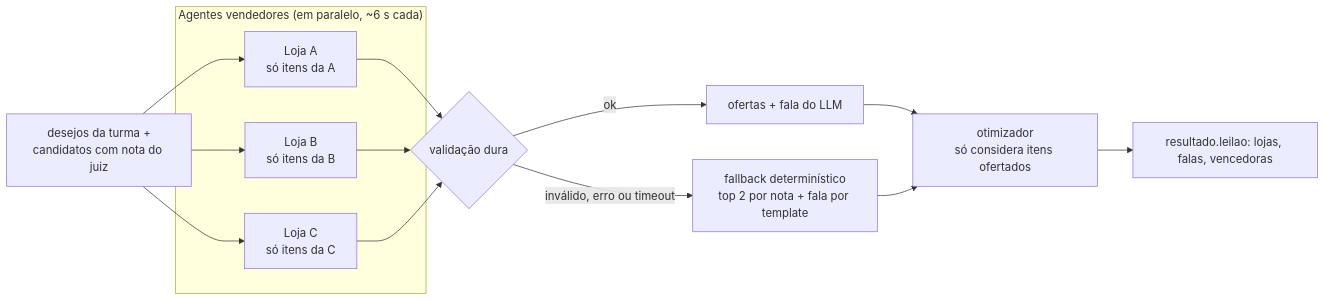
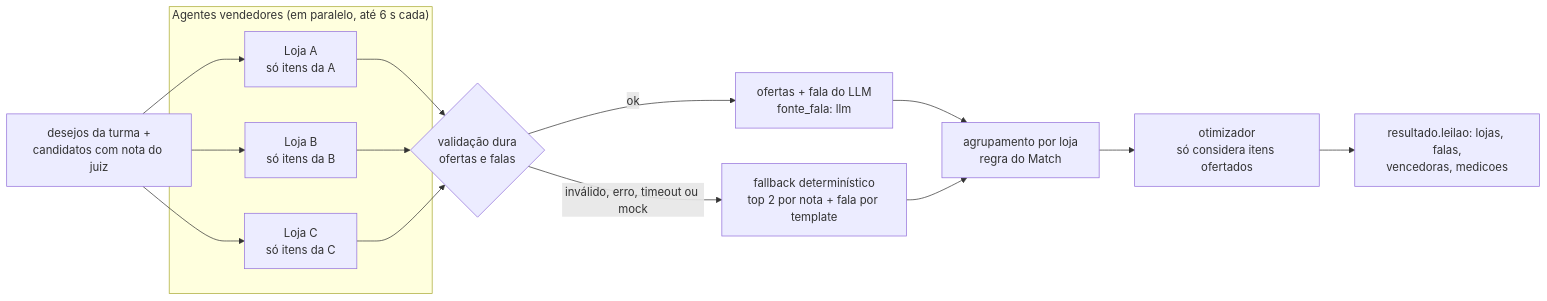
One commit to scorpion-bits/Hackaton-Ifood changed the fourth of 5 diagrams in docs/tecnico.md. Above: the diagram before and after it, drawn with Mermaid. The commit also changed other lines of this file and 4 other files, not shown here.

````diff
--- a/docs/tecnico.md
+++ b/docs/tecnico.md
@@ -176,14 +178,15 @@
 ```mermaid
 flowchart LR
-  subgraph Lojas["Agentes vendedores (em paralelo, ~6 s cada)"]
+  subgraph Lojas["Agentes vendedores (em paralelo, até 6 s cada)"]
     A1[Loja A<br/>só itens da A]
     A2[Loja B<br/>só itens da B]
     A3[Loja C<br/>só itens da C]
   end
   D[desejos da turma +<br/>candidatos com nota do juiz] --> A1 & A2 & A3
-  A1 & A2 & A3 --> V{validação dura}
-  V -->|ok| OF[ofertas + fala do LLM]
-  V -->|inválido, erro ou timeout| FB[fallback determinístico<br/>top 2 por nota + fala por template]
-  OF & FB --> O[otimizador<br/>só considera itens ofertados]
-  O --> R[resultado.leilao: lojas, falas, vencedoras]
+  A1 & A2 & A3 --> V{validação dura<br/>ofertas e falas}
+  V -->|ok| OF[ofertas + fala do LLM<br/>fonte_fala: llm]
+  V -->|inválido, erro, timeout ou mock| FB[fallback determinístico<br/>top 2 por nota + fala por template]
+  OF & FB --> AG[agrupamento por loja<br/>regra do Match]
+  AG --> O[otimizador<br/>só considera itens ofertados]
+  O --> R[resultado.leilao: lojas, falas,<br/>vencedoras, medicoes]
 ```
````
